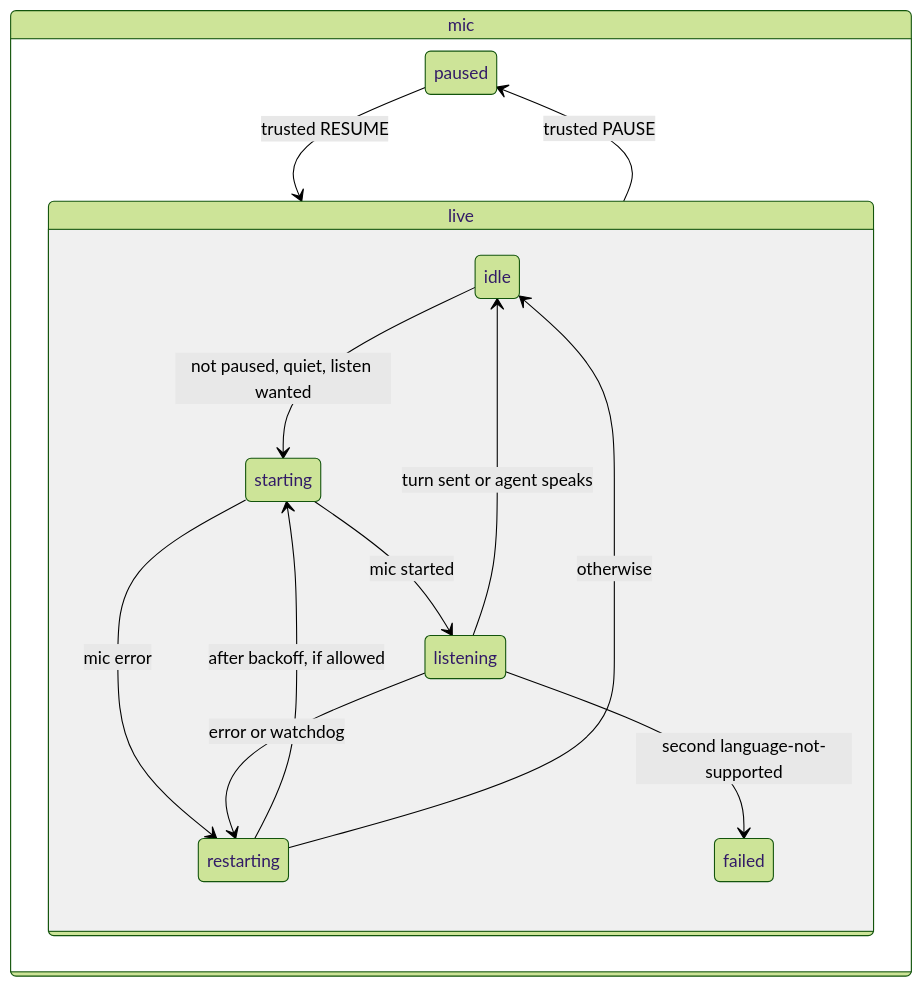
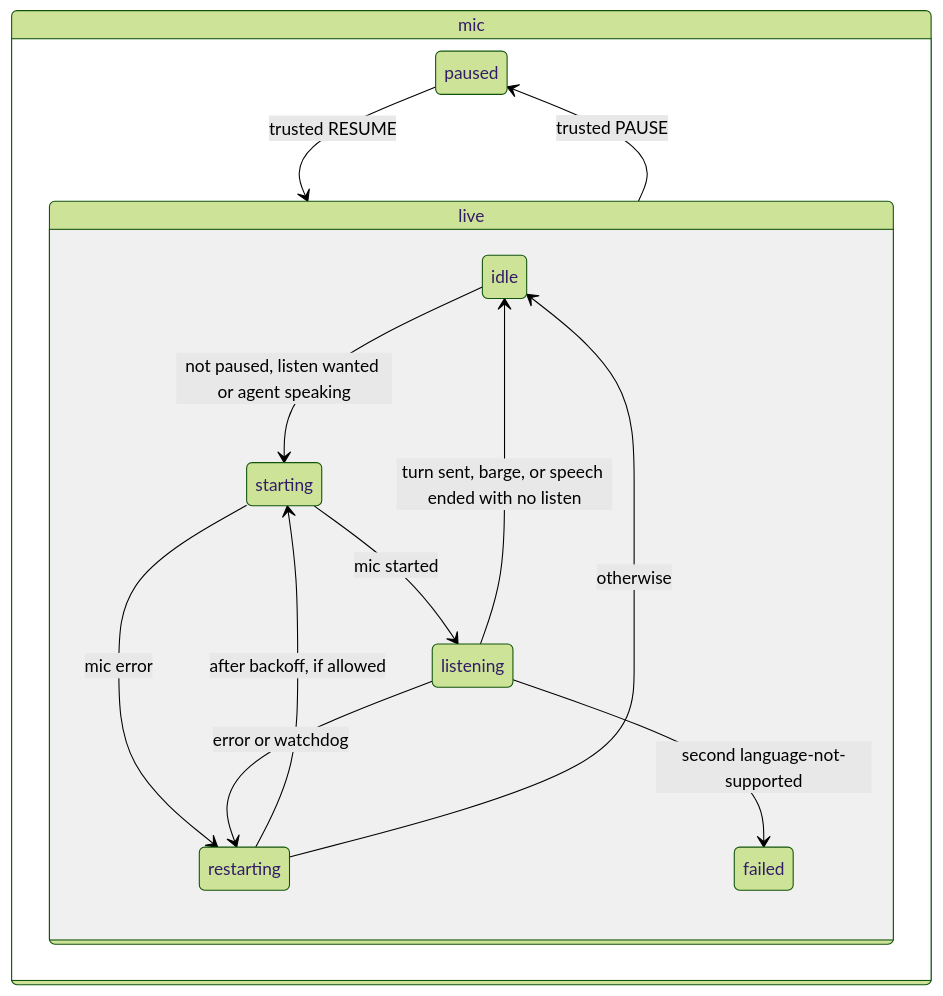
The diagram in specs/005-page-machine-and-mute/spec.md (markkennethbadilla/stts), drawn with Mermaid (forest theme) before and after one commit. The commit also changed other lines of this file and 8 other files, not shown here.

First line of the commit message:
Speaking over the agent barges in: the mic runs during speech

````diff
--- a/specs/005-page-machine-and-mute/spec.md
+++ b/specs/005-page-machine-and-mute/spec.md
@@ -23,17 +23,17 @@
 ```mermaid
 stateDiagram-v2
   state mic {
     paused --> live: trusted RESUME
     live --> paused: trusted PAUSE
     state live {
-      idle --> starting: not paused, quiet, listen wanted
+      idle --> starting: not paused, listen wanted or agent speaking
       starting --> listening: mic started
       starting --> restarting: mic error
       listening --> restarting: error or watchdog
-      listening --> idle: turn sent or agent speaks
+      listening --> idle: turn sent, barge, or speech ended with no listen
       restarting --> starting: after backoff, if allowed
       restarting --> idle: otherwise
       listening --> failed: second language-not-supported
     }
   }
 ```
````
